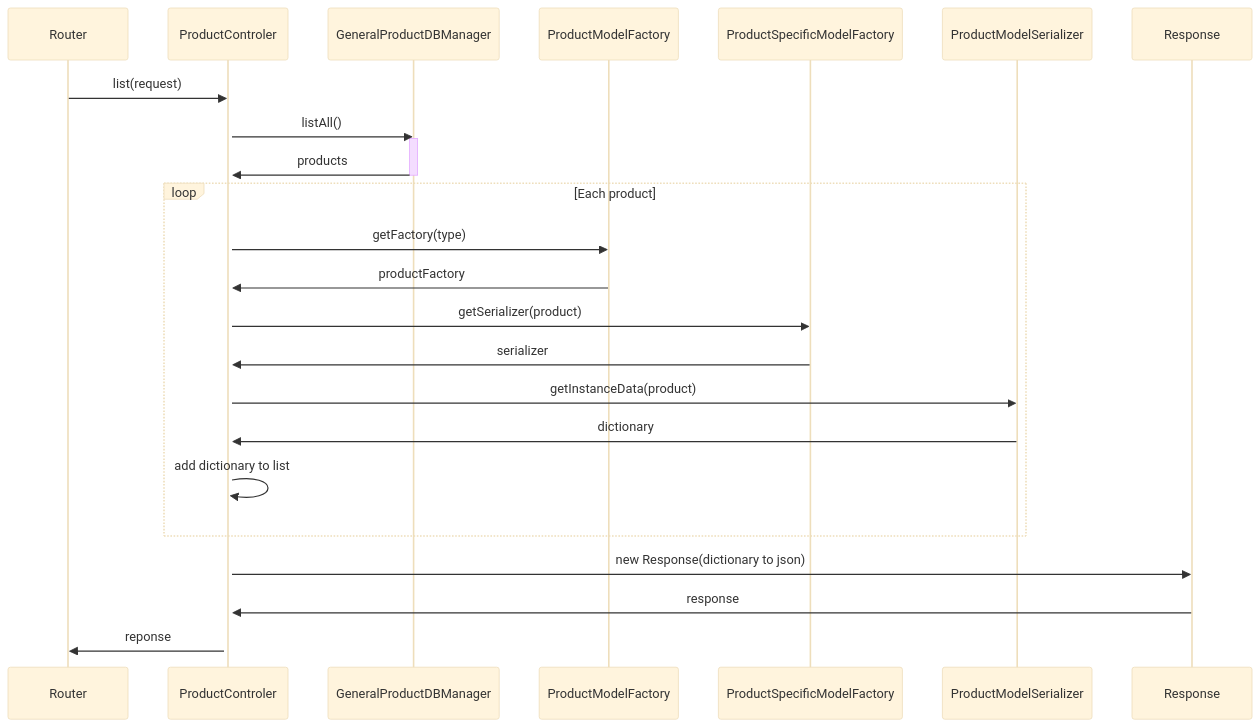
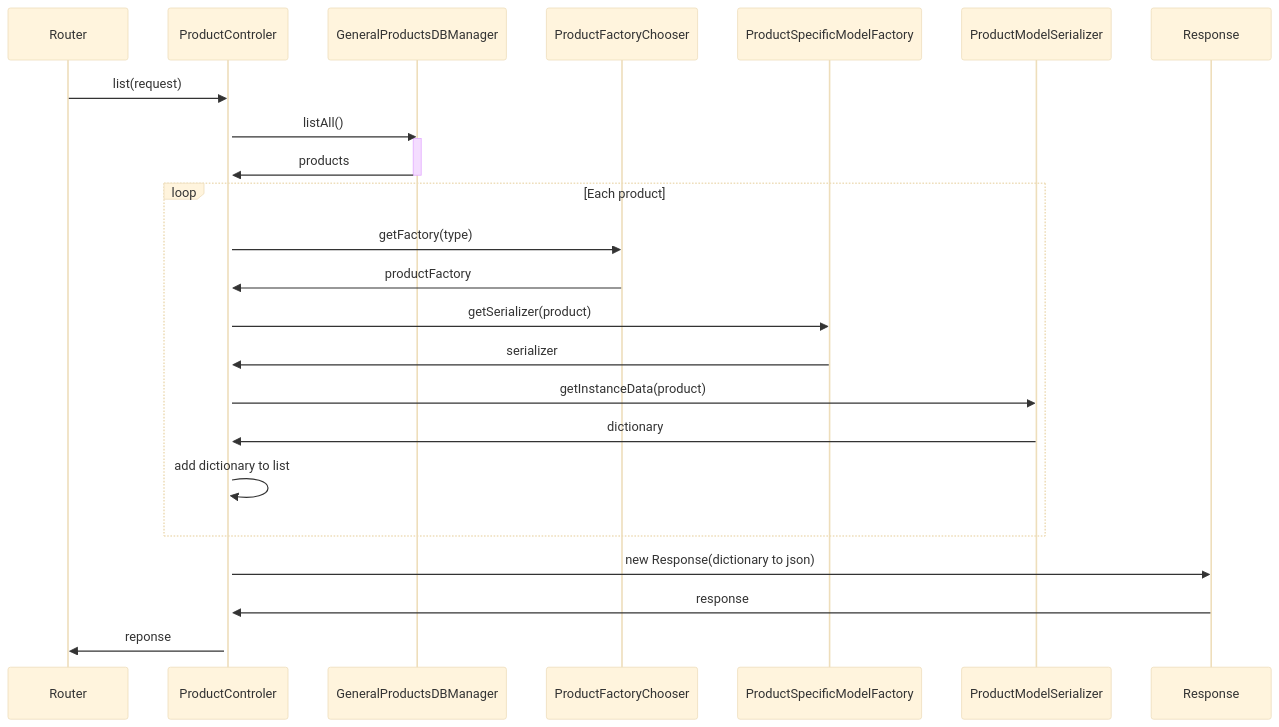
One commit to laercioigorps/scandiweb-awesome-ecommerce-backend changed the diagram in docs/listProductsSequence.md. Above: the diagram before and after it, drawn with Mermaid (base theme). The commit also changed 2 other files, not shown here.

Commit message:
update name of class ProductModelFactory to ProductFactoryChooser in the docs

````diff
--- a/docs/listProductsSequence.md
+++ b/docs/listProductsSequence.md
@@ -1,28 +1,28 @@
 ```mermaid
 
 sequenceDiagram
     Router->>ProductControler : list(request)
     activate ProductControler
 
-    ProductControler->>GeneralProductDBManager : listAll()
-    activate GeneralProductDBManager
-    GeneralProductDBManager->>ProductControler : products
-    deactivate GeneralProductDBManager
+    ProductControler->>GeneralProductsDBManager : listAll()
+    activate GeneralProductsDBManager
+    GeneralProductsDBManager->>ProductControler : products
+    deactivate GeneralProductsDBManager
 
 
     loop Each product
-        ProductControler->>ProductModelFactory : getFactory(type)
-        ProductModelFactory->>ProductControler : productFactory
+        ProductControler->>ProductFactoryChooser : getFactory(type)
+        ProductFactoryChooser->>ProductControler : productFactory
         ProductControler->>ProductSpecificModelFactory : getSerializer(product)
         ProductSpecificModelFactory->>ProductControler : serializer
 
         ProductControler->>ProductModelSerializer : getInstanceData(product)
         ProductModelSerializer->>ProductControler : dictionary
         ProductControler->>ProductControler : add dictionary to list
     end
     ProductControler->>Response : new Response(dictionary to json)
     Response->>ProductControler : response
     ProductControler->>Router : reponse
 
 
 ```
````
